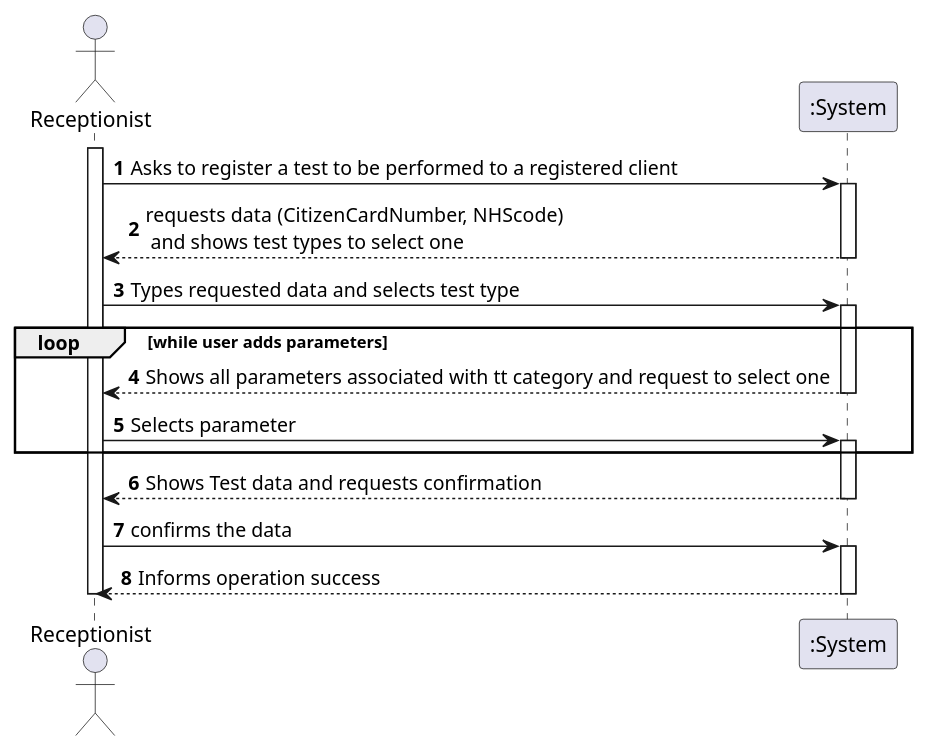
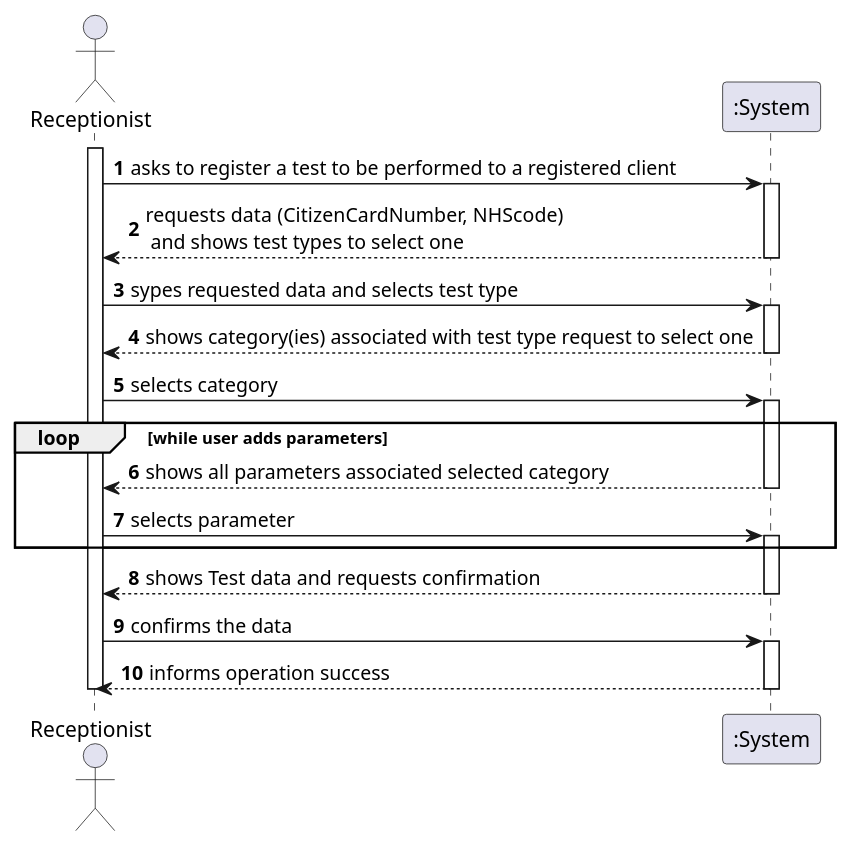
The diagram in docs/SprintC/US_4/US4_SSD.puml (ana-albergaria/LAPR2-ISEP), drawn with PlantUML before and after one commit. The commit also changed 1 other file, not shown here.

Commit message:
chaniging us4 ssd and docs after client clarifications

```diff
--- a/docs/SprintC/US_4/US4_SSD.puml
+++ b/docs/SprintC/US_4/US4_SSD.puml
@@ -1,29 +1,34 @@
 @startuml
 
 autonumber
 actor "Receptionist" as MLT
 
 activate MLT
-MLT -> ":System" : Asks to register a test to be performed to a registered client
+MLT -> ":System" : asks to register a test to be performed to a registered client
 activate ":System"
 ":System" --> MLT :requests data (CitizenCardNumber, NHScode) \n and shows test types to select one
 deactivate ":System"
 
-MLT -> ":System" : Types requested data and selects test type
+MLT -> ":System" : sypes requested data and selects test type
+activate ":System"
+
+":System" --> MLT : shows category(ies) associated with test type request to select one
+deactivate ":System"
+MLT -> ":System" : selects category
 activate ":System"
 
 loop while user adds parameters
-":System" --> MLT : Shows all parameters associated with tt category and request to select one
+":System" --> MLT : shows all parameters associated selected category
 deactivate ":System"
-MLT -> ":System" : Selects parameter
+MLT -> ":System" : selects parameter
 activate ":System"
 end
-":System" --> MLT : Shows Test data and requests confirmation
+":System" --> MLT : shows Test data and requests confirmation
 deactivate ":System"
 MLT -> ":System" : confirms the data
 activate ":System"
-":System" --> MLT : Informs operation success
+":System" --> MLT : informs operation success
 deactivate ":System"
 deactivate MLT
 
 @enduml
```
